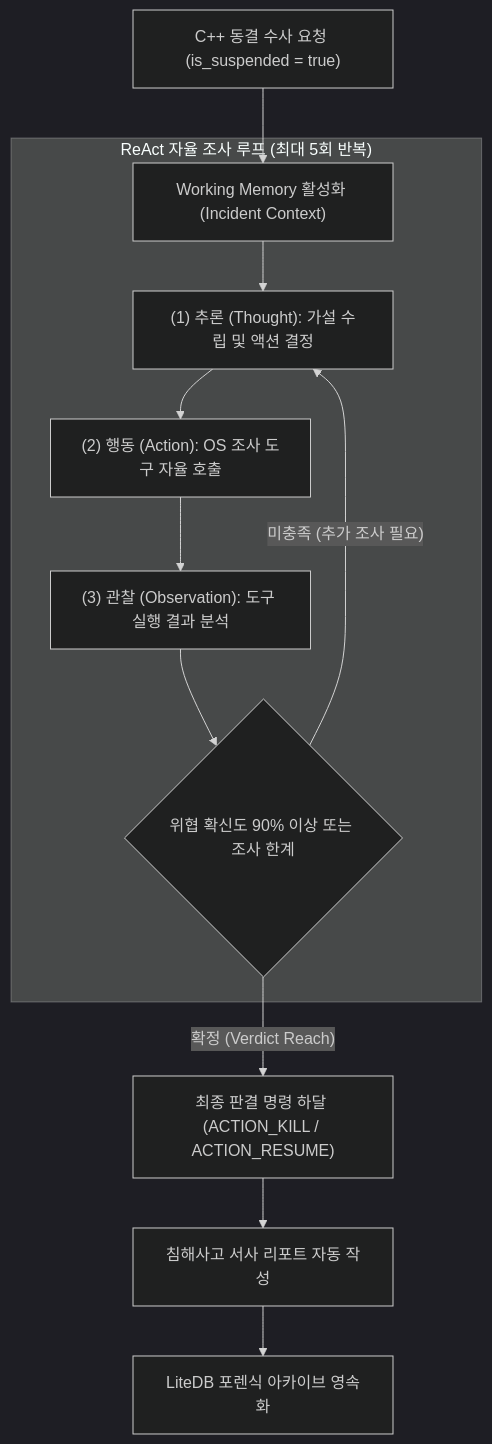
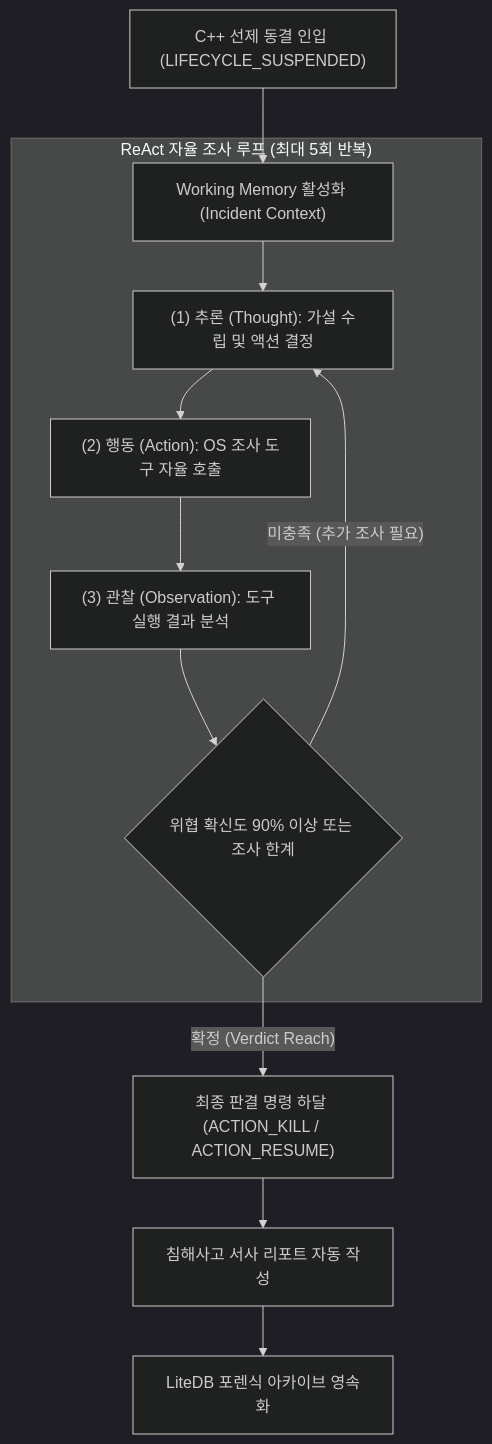
Before and after one commit to jin20203458/Obsidian.Agent: the first of 2 diagrams in Phalanx/docs/02_ai_agent_investigation_design.md, drawn with Mermaid (dark theme). The commit also changed other lines of this file and 5 other files, not shown here.

````diff
--- a/Phalanx/docs/02_ai_agent_investigation_design.md
+++ b/Phalanx/docs/02_ai_agent_investigation_design.md
@@ -19,17 +19,17 @@
 ```mermaid
 flowchart TD
-    Trigger["C++ 동결 수사 요청 (is_suspended = true)"] --> Ingest["Working Memory 활성화 (Incident Context)"]
+    Trigger["C++ 선제 동결 인입 (LIFECYCLE_SUSPENDED)"] --> Ingest["Working Memory 활성화 (Incident Context)"]
     
     subgraph REACT_LOOP ["ReAct 자율 조사 루프 (최대 5회 반복)"]
         Ingest --> Thought["(1) 추론 (Thought): 가설 수립 및 액션 결정"]
         Thought --> ToolAction["(2) 행동 (Action): OS 조사 도구 자율 호출"]
         ToolAction --> Observation["(3) 관찰 (Observation): 도구 실행 결과 분석"]
         Decision{"위협 확신도 90% 이상 또는 조사 한계"}
         Observation --> Decision
         Decision -->|"미충족 (추가 조사 필요)"| Thought
     end
 
     Decision -->|"확정 (Verdict Reach)"| Mitigation["최종 판결 명령 하달 (ACTION_KILL / ACTION_RESUME)"]
     Mitigation --> Narrative["침해사고 서사 리포트 자동 작성"]
     Narrative --> ColdArchive["LiteDB 포렌식 아카이브 영속화"]
 ```
````
